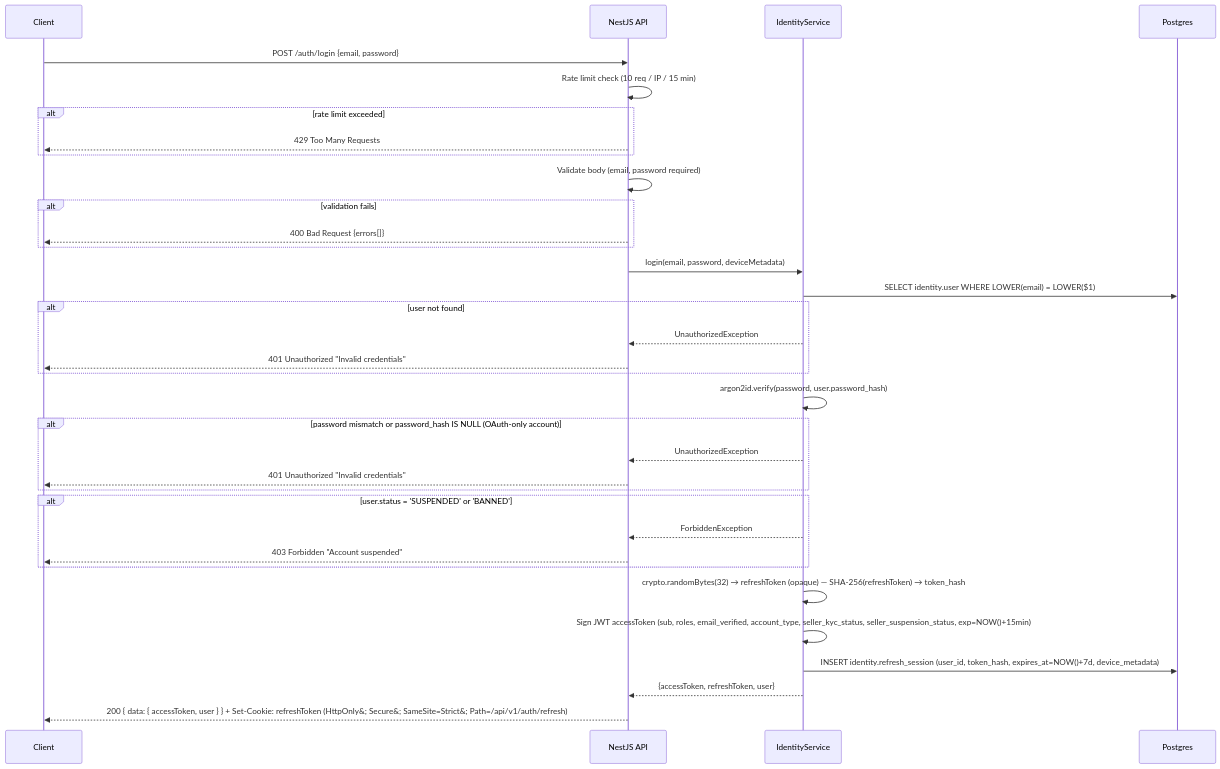
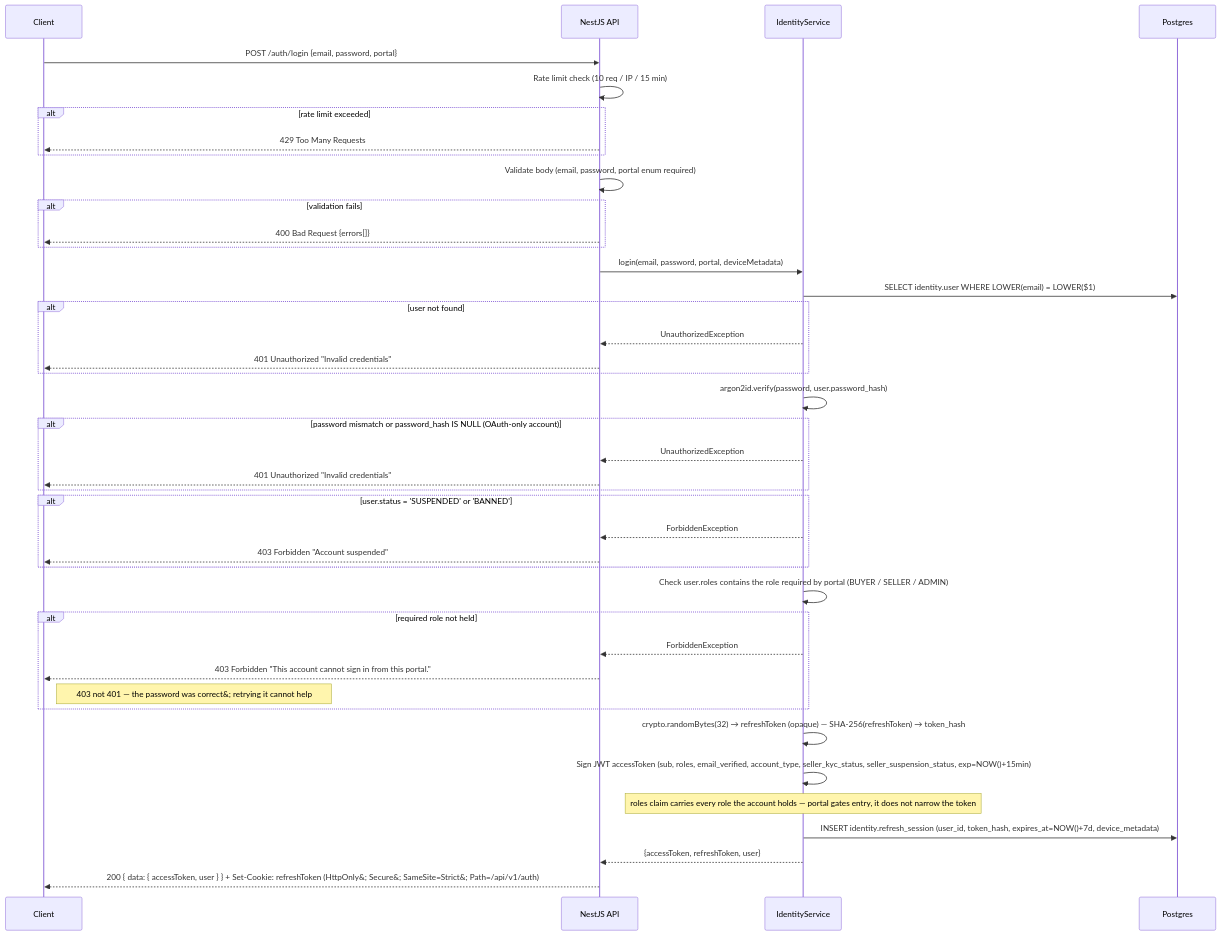
Before and after one commit to alisa-uthi/aliceut-ecom-document: the second of 14 diagrams in phase-1/technical-design/api-design/auth.md, drawn with Mermaid. The commit also changed other lines of this file and 73 other files, not shown here.

````diff
--- a/phase-1/technical-design/api-design/auth.md
+++ b/phase-1/technical-design/api-design/auth.md
@@ -178,45 +244,53 @@
 ```mermaid
 sequenceDiagram
     participant C as Client
     participant A as NestJS API
     participant IS as IdentityService
     participant PG as Postgres
 
-    C->>A: POST /auth/login {email, password}
+    C->>A: POST /auth/login {email, password, portal}
 
     A->>A: Rate limit check (10 req / IP / 15 min)
     alt rate limit exceeded
         A-->>C: 429 Too Many Requests
     end
 
-    A->>A: Validate body (email, password required)
+    A->>A: Validate body (email, password, portal enum required)
     alt validation fails
         A-->>C: 400 Bad Request {errors[]}
     end
 
-    A->>IS: login(email, password, deviceMetadata)
+    A->>IS: login(email, password, portal, deviceMetadata)
     IS->>PG: SELECT identity.user WHERE LOWER(email) = LOWER($1)
     alt user not found
         IS-->>A: UnauthorizedException
         A-->>C: 401 Unauthorized "Invalid credentials"
     end
 
     IS->>IS: argon2id.verify(password, user.password_hash)
     alt password mismatch or password_hash IS NULL (OAuth-only account)
         IS-->>A: UnauthorizedException
         A-->>C: 401 Unauthorized "Invalid credentials"
     end
 
     alt user.status = 'SUSPENDED' or 'BANNED'
         IS-->>A: ForbiddenException
         A-->>C: 403 Forbidden "Account suspended"
     end
 
+    IS->>IS: Check user.roles contains the role required by portal (BUYER / SELLER / ADMIN)
+    alt required role not held
+        IS-->>A: ForbiddenException
+        A-->>C: 403 Forbidden "This account cannot sign in from this portal."
+        Note right of C: 403 not 401 — the password was correct&#59; retrying it cannot help
+    end
+
     IS->>IS: crypto.randomBytes(32) → refreshToken (opaque) — SHA-256(refreshToken) → token_hash
     IS->>IS: Sign JWT accessToken (sub, roles, email_verified, account_type, seller_kyc_status, seller_suspension_status, exp=NOW()+15min)
+    Note over IS: roles claim carries every role the account holds — portal gates entry, it does not narrow the token
 
     IS->>PG: INSERT identity.refresh_session (user_id, token_hash, expires_at=NOW()+7d, device_metadata)
 
     IS-->>A: {accessToken, refreshToken, user}
-    A-->>C: 200 { data: { accessToken, user } } + Set-Cookie: refreshToken (HttpOnly&#59; Secure&#59; SameSite=Strict&#59; Path=/api/v1/auth/refresh)
+    A-->>C: 200 { data: { accessToken, user } } + Set-Cookie: refreshToken (HttpOnly&#59; Secure&#59; SameSite=Strict&#59; Path=/api/v1/auth)
 ```
````
